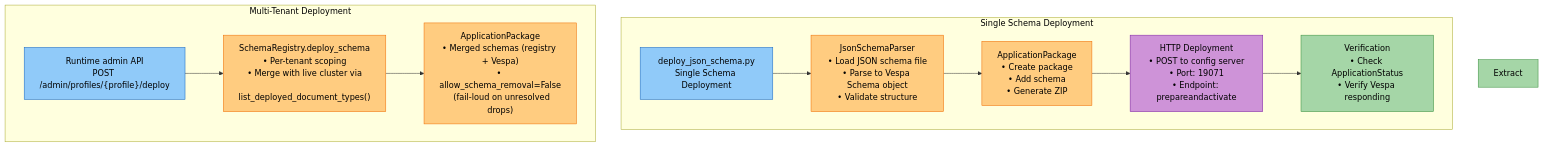
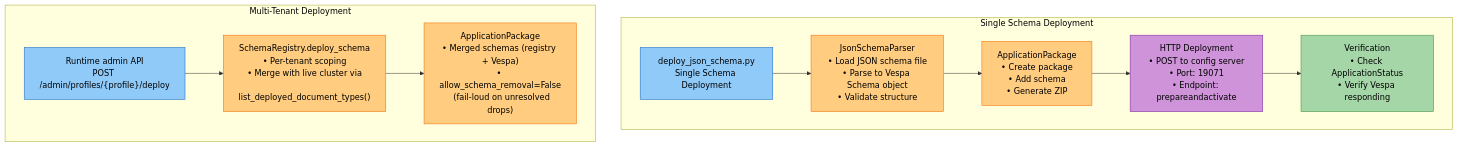
The fourth of 8 diagrams in docs/development/scripts-operations.md (amit-jain/cogniverse), drawn with Mermaid before and after one commit. The commit also changed other lines of this file and 50 other files, not shown here.

First line of the commit message:
Complete and verify docs against code with mermaid palette

````diff
--- a/docs/development/scripts-operations.md
+++ b/docs/development/scripts-operations.md
@@ -205,34 +225,33 @@
 ```mermaid
 flowchart TB
     subgraph Single["<span style='color:#000'>Single Schema Deployment</span>"]
         Single1["<span style='color:#000'>deploy_json_schema.py<br/>Single Schema Deployment</span>"]
         Parser["<span style='color:#000'>JsonSchemaParser<br/>• Load JSON schema file<br/>• Parse to Vespa Schema object<br/>• Validate structure</span>"]
         Package1["<span style='color:#000'>ApplicationPackage<br/>• Create package<br/>• Add schema<br/>• Generate ZIP</span>"]
         Deploy1["<span style='color:#000'>HTTP Deployment<br/>• POST to config server<br/>• Port: 19071<br/>• Endpoint: prepareandactivate</span>"]
         Verify["<span style='color:#000'>Verification<br/>• Check ApplicationStatus<br/>• Verify Vespa responding</span>"]
 
         Single1 --> Parser
         Parser --> Package1
         Package1 --> Deploy1
         Deploy1 --> Verify
     end
 
     subgraph Multi["<span style='color:#000'>Multi-Tenant Deployment</span>"]
         Multi1["<span style='color:#000'>Runtime admin API<br/>POST /admin/profiles/{profile}/deploy</span>"]
         Registry["<span style='color:#000'>SchemaRegistry.deploy_schema<br/>• Per-tenant scoping<br/>• Merge with live cluster via<br/>  list_deployed_document_types()</span>"]
         Package2["<span style='color:#000'>ApplicationPackage<br/>• Merged schemas (registry + Vespa)<br/>• allow_schema_removal=False<br/>  (fail-loud on unresolved drops)</span>"]
 
         Multi1 --> Registry
         Registry --> Package2
     end
 
     style Single1 fill:#90caf9,stroke:#1565c0,color:#000
     style Multi1 fill:#90caf9,stroke:#1565c0,color:#000
     style Parser fill:#ffcc80,stroke:#ef6c00,color:#000
     style Package1 fill:#ffcc80,stroke:#ef6c00,color:#000
     style Registry fill:#ffcc80,stroke:#ef6c00,color:#000
     style Package2 fill:#ffcc80,stroke:#ef6c00,color:#000
     style Deploy1 fill:#ce93d8,stroke:#7b1fa2,color:#000
     style Verify fill:#a5d6a7,stroke:#388e3c,color:#000
-    style Extract fill:#a5d6a7,stroke:#388e3c,color:#000
 ```
````
